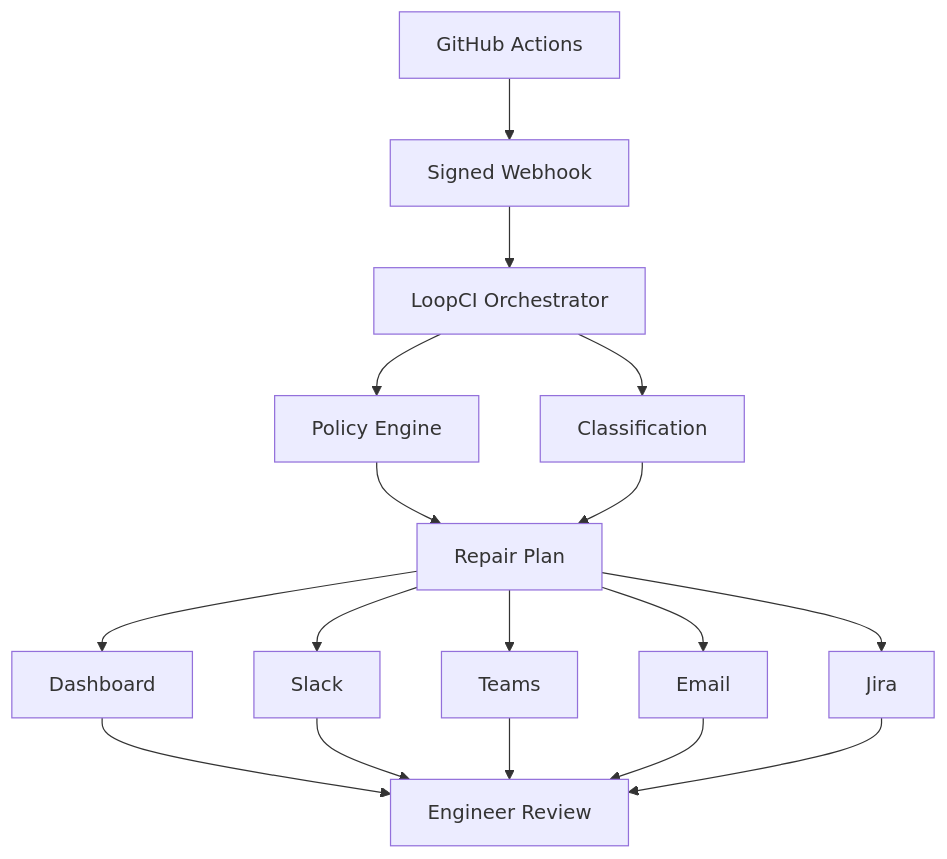
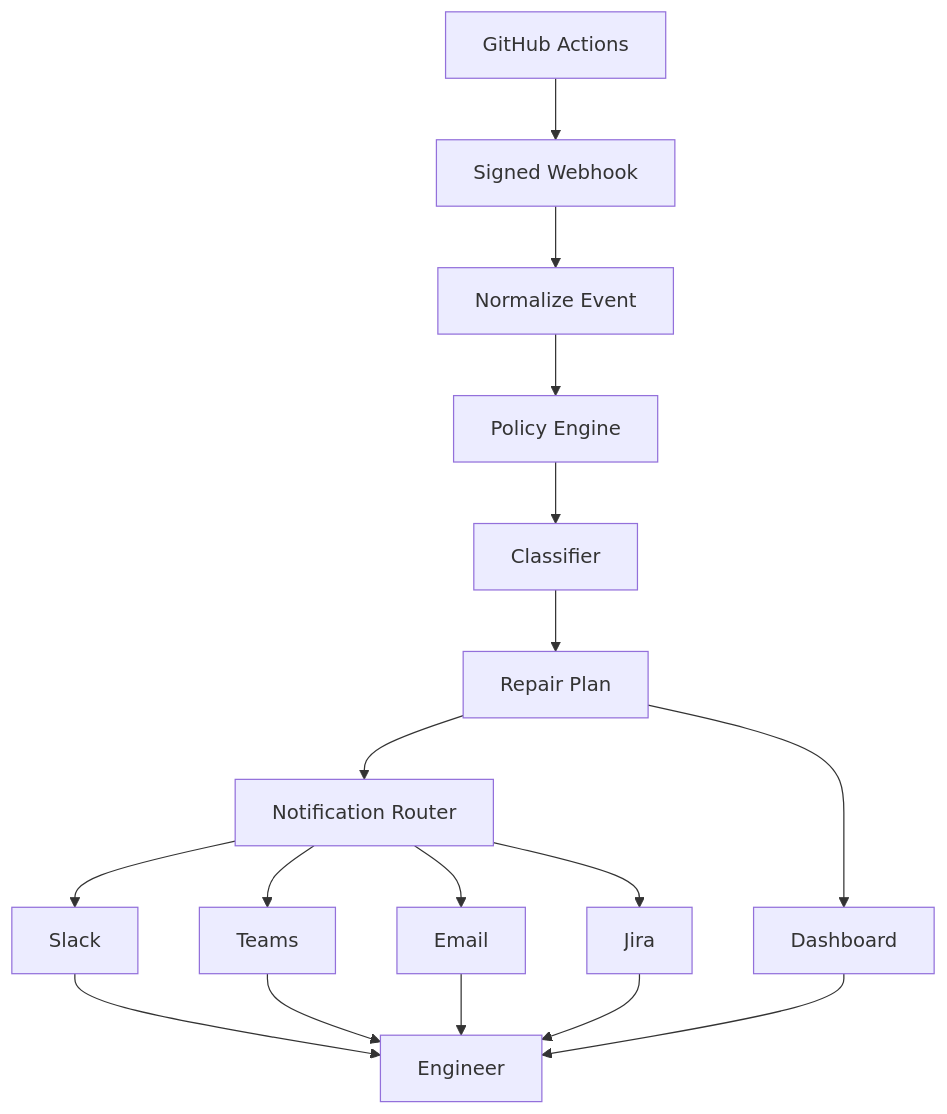
The diagram in README.md (kinggucci195-sys/Loop-Engineer-CI), drawn with Mermaid before and after one commit. The commit also changed other lines of this file and 2 other files, not shown here.

````diff
--- a/README.md
+++ b/README.md
@@ -147,19 +69,19 @@
 ```mermaid
 flowchart TD
   github["GitHub Actions"] --> webhook["Signed Webhook"]
-  webhook --> orchestrator["LoopCI Orchestrator"]
-  orchestrator --> policy["Policy Engine"]
-  orchestrator --> classifier["Classification"]
-  policy --> plan["Repair Plan"]
-  classifier --> plan
-  plan --> slack["Slack"]
-  plan --> teams["Teams"]
-  plan --> email["Email"]
-  plan --> jira["Jira"]
+  webhook --> normalize["Normalize Event"]
+  normalize --> policy["Policy Engine"]
+  policy --> classifier["Classifier"]
+  classifier --> plan["Repair Plan"]
+  plan --> router["Notification Router"]
+  router --> slack["Slack"]
+  router --> teams["Teams"]
+  router --> email["Email"]
+  router --> jira["Jira"]
   plan --> dashboard["Dashboard"]
-  dashboard --> engineer["Engineer Review"]
-  slack --> engineer
+  slack --> engineer["Engineer"]
   teams --> engineer
   email --> engineer
   jira --> engineer
+  dashboard --> engineer
 ```
````
